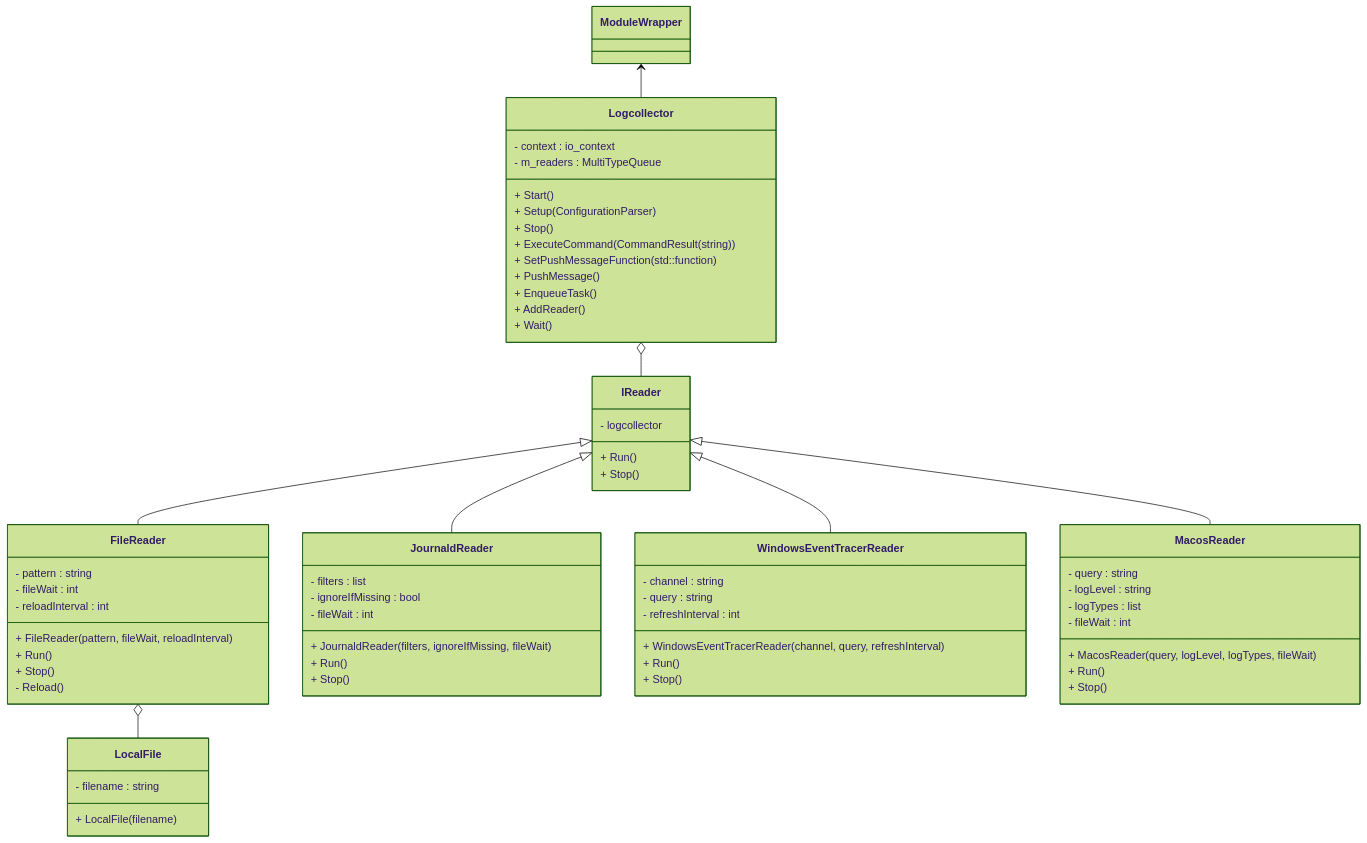
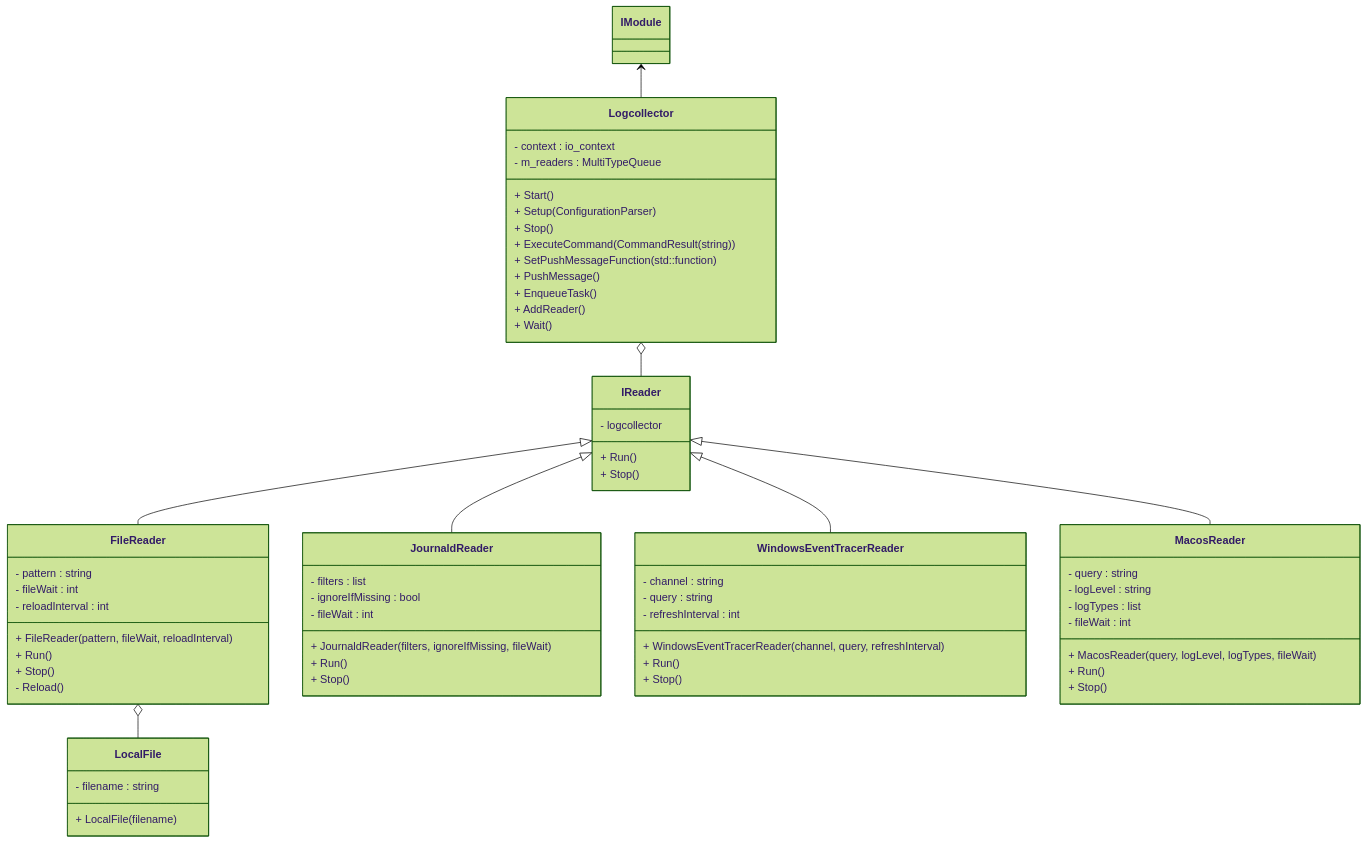
Before and after one commit to wazuh/wazuh-agent: the diagram in docs/ref/modules/logcollector/architecture.md, drawn with Mermaid (forest theme). The commit also changed 5 other files, not shown here.

````diff
--- a/docs/ref/modules/logcollector/architecture.md
+++ b/docs/ref/modules/logcollector/architecture.md
@@ -5,67 +5,67 @@
 ```mermaid
 classDiagram
-    class ModuleWrapper
+    class IModule
     class Logcollector {
         - context : io_context
         - m_readers : MultiTypeQueue
         + Start()
         + Setup(ConfigurationParser)
         + Stop()
         + ExecuteCommand(CommandResult(string))
         + SetPushMessageFunction(std::function)
         + PushMessage()
         + EnqueueTask()
         + AddReader()
         + Wait()
     }
     class IReader {
         - logcollector
         + Run()
         + Stop()
     }
     class FileReader {
         - pattern : string
         - fileWait : int
         - reloadInterval : int
         + FileReader(pattern, fileWait, reloadInterval)
         + Run()
         + Stop()
         - Reload()
     }
     class LocalFile {
         - filename : string
         + LocalFile(filename)
     }
     class JournaldReader {
         - filters : list
         - ignoreIfMissing : bool
         - fileWait : int
         + JournaldReader(filters, ignoreIfMissing, fileWait)
         + Run()
         + Stop()
     }
     class WindowsEventTracerReader {
         - channel : string
         - query : string
         - refreshInterval : int
         + WindowsEventTracerReader(channel, query, refreshInterval)
         + Run()
         + Stop()
     }
     class MacosReader {
         - query : string
         - logLevel : string
         - logTypes : list
         - fileWait : int
         + MacosReader(query, logLevel, logTypes, fileWait)
         + Run()
         + Stop()
     }
-    ModuleWrapper <-- Logcollector
+    IModule <-- Logcollector
     Logcollector o-- IReader
     IReader <|-- FileReader
     IReader <|-- JournaldReader
     IReader <|-- WindowsEventTracerReader
     IReader <|-- MacosReader
     FileReader o-- LocalFile
 ```
````
